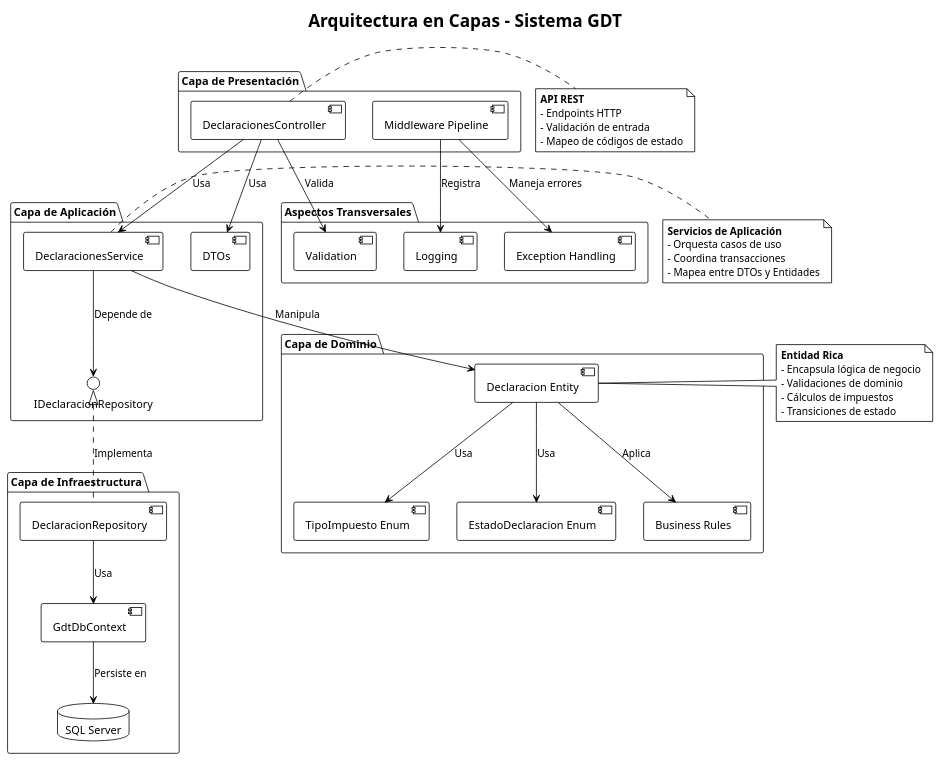
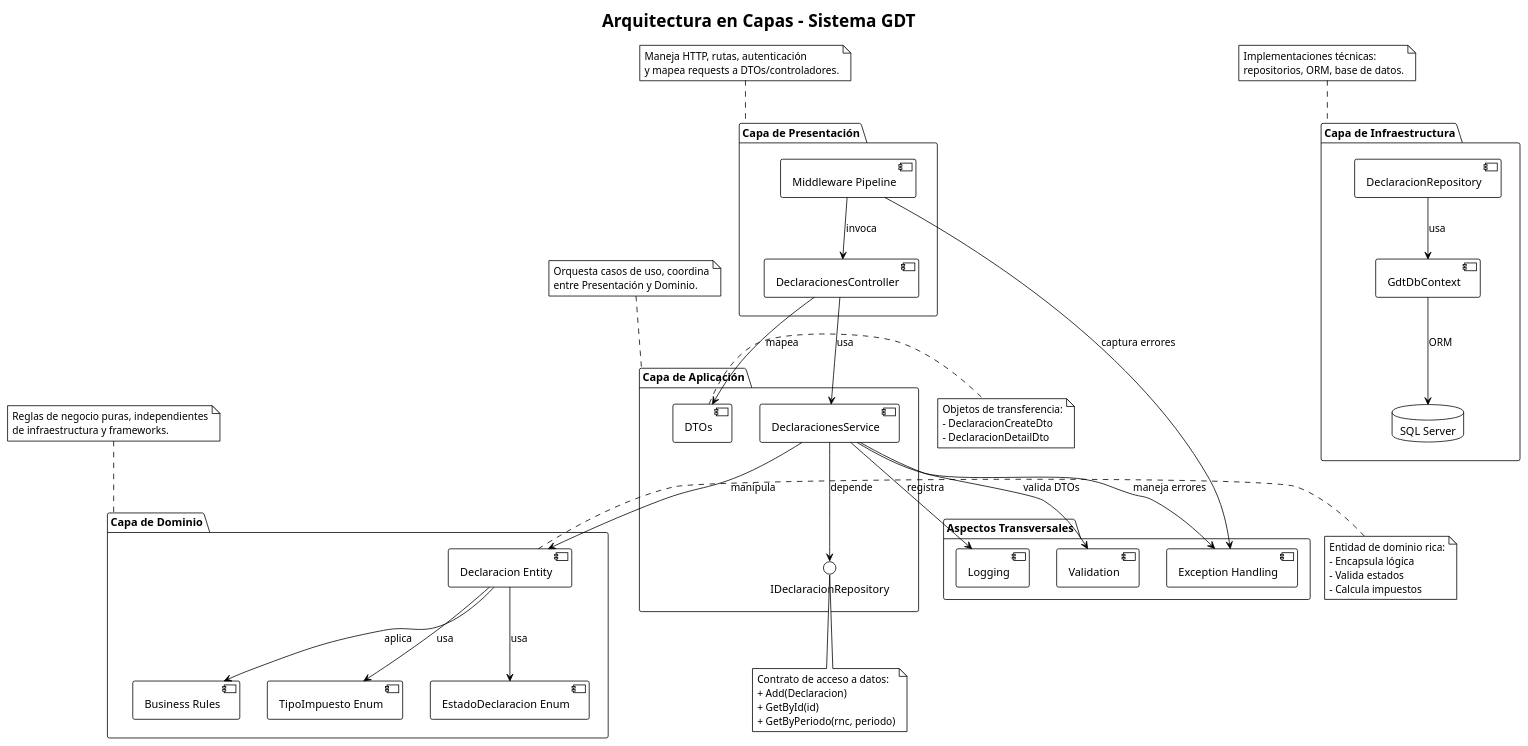
One commit to N05TR4/gdt-sistema changed the diagram in diagramas/arquitectura.puml. Above: the diagram before and after it, drawn with PlantUML. The commit also changed other lines of this file, not shown here.

```diff
--- a/diagramas/arquitectura.puml
+++ b/diagramas/arquitectura.puml
@@ -1,72 +1,93 @@
 @startuml Arquitectura_Capas_GDT
 !theme plain
 title Arquitectura en Capas - Sistema GDT
 
 package "Capa de Presentación" {
   [DeclaracionesController] as Controller
   [Middleware Pipeline] as Middleware
 }
 
 package "Capa de Aplicación" {
   [DeclaracionesService] as AppService
   [DTOs] as DTOs
   interface "IDeclaracionRepository" as IRepo
 }
 
 package "Capa de Dominio" {
   [Declaracion Entity] as Entity
-  [TipoImpuesto Enum] as Enum1
-  [EstadoDeclaracion Enum] as Enum2
+  [TipoImpuesto Enum] as EnumTipo
+  [EstadoDeclaracion Enum] as EnumEstado
   [Business Rules] as Rules
 }
 
 package "Capa de Infraestructura" {
   [DeclaracionRepository] as Repo
   [GdtDbContext] as DbContext
   database "SQL Server" as DB
 }
 
 package "Aspectos Transversales" {
   [Logging] as Log
   [Exception Handling] as ExHandler
   [Validation] as Valid
 }
 
-Controller --> AppService : Usa
-Controller --> DTOs : Usa
-AppService --> IRepo : Depende de
-AppService --> Entity : Manipula
-Entity --> Rules : Aplica
-Entity --> Enum1 : Usa
-Entity --> Enum2 : Usa
-IRepo <|.. Repo : Implementa
-Repo --> DbContext : Usa
-DbContext --> DB : Persiste en
+Controller --> AppService : usa
+Controller --> DTOs : mapea
+AppService --> IRepo : depende
+AppService --> Entity : manipula
+Entity --> Rules : aplica
+Entity --> EnumTipo : usa
+Entity --> EnumEstado : usa
 
-Middleware --> Log : Registra
-Middleware --> ExHandler : Maneja errores
-Controller --> Valid : Valida
+Repo --> DbContext : usa
+DbContext --> DB : ORM
+
+AppService --> Log : registra
+AppService --> ExHandler : maneja errores
+AppService --> Valid : valida DTOs
+
+Middleware --> Controller : invoca
+Middleware --> ExHandler : captura errores
+
+note top of "Capa de Presentación"
+  Maneja HTTP, rutas, autenticación
+  y mapea requests a DTOs/controladores.
+end note
+
+note top of "Capa de Aplicación"
+  Orquesta casos de uso, coordina
+  entre Presentación y Dominio.
+end note
+
+note top of "Capa de Dominio"
+  Reglas de negocio puras, independientes
+  de infraestructura y frameworks.
+end note
+
+note top of "Capa de Infraestructura"
+  Implementaciones técnicas:
+  repositorios, ORM, base de datos.
+end note
 
 note right of Entity
-  **Entidad Rica**
-  - Encapsula lógica de negocio
-  - Validaciones de dominio
-  - Cálculos de impuestos
-  - Transiciones de estado
+  Entidad de dominio rica:
+  - Encapsula lógica
+  - Valida estados
+  - Calcula impuestos
 end note
 
-note right of AppService
-  **Servicios de Aplicación**
-  - Orquesta casos de uso
-  - Coordina transacciones
-  - Mapea entre DTOs y Entidades
+note right of DTOs
+  Objetos de transferencia:
+  - DeclaracionCreateDto
+  - DeclaracionDetailDto
 end note
 
-note right of Controller
-  **API REST**
-  - Endpoints HTTP
-  - Validación de entrada
-  - Mapeo de códigos de estado
+note bottom of IRepo
+  Contrato de acceso a datos:
+  + Add(Declaracion)
+  + GetById(id)
+  + GetByPeriodo(rnc, periodo)
 end note
 
 @enduml
```
